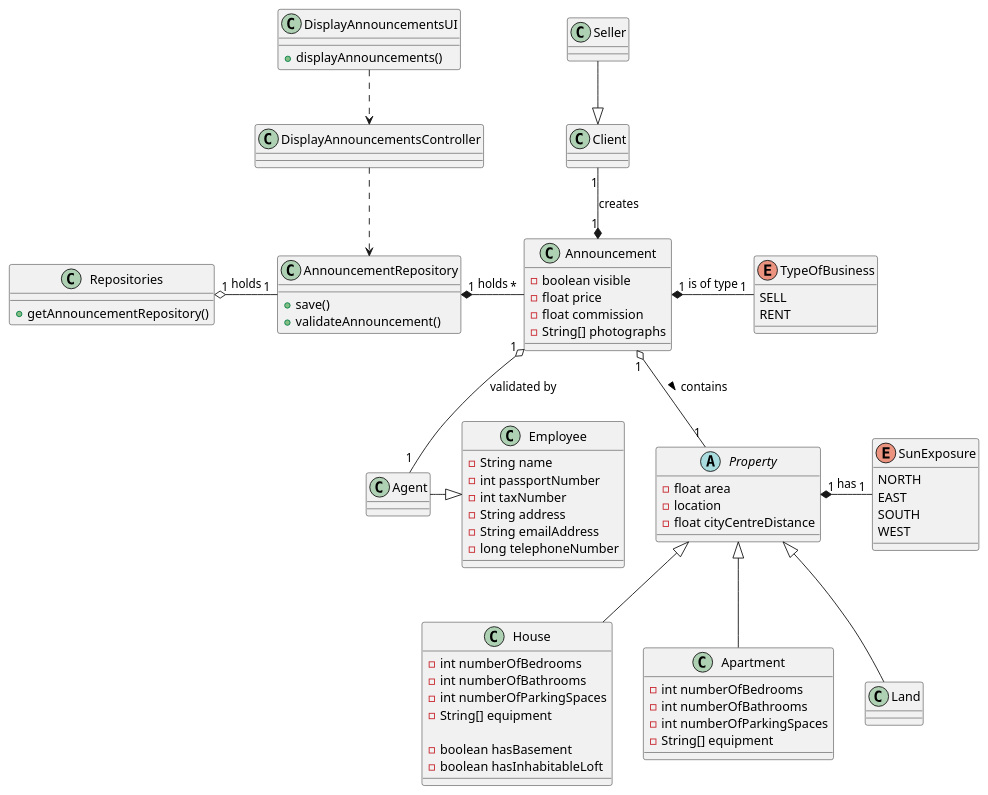
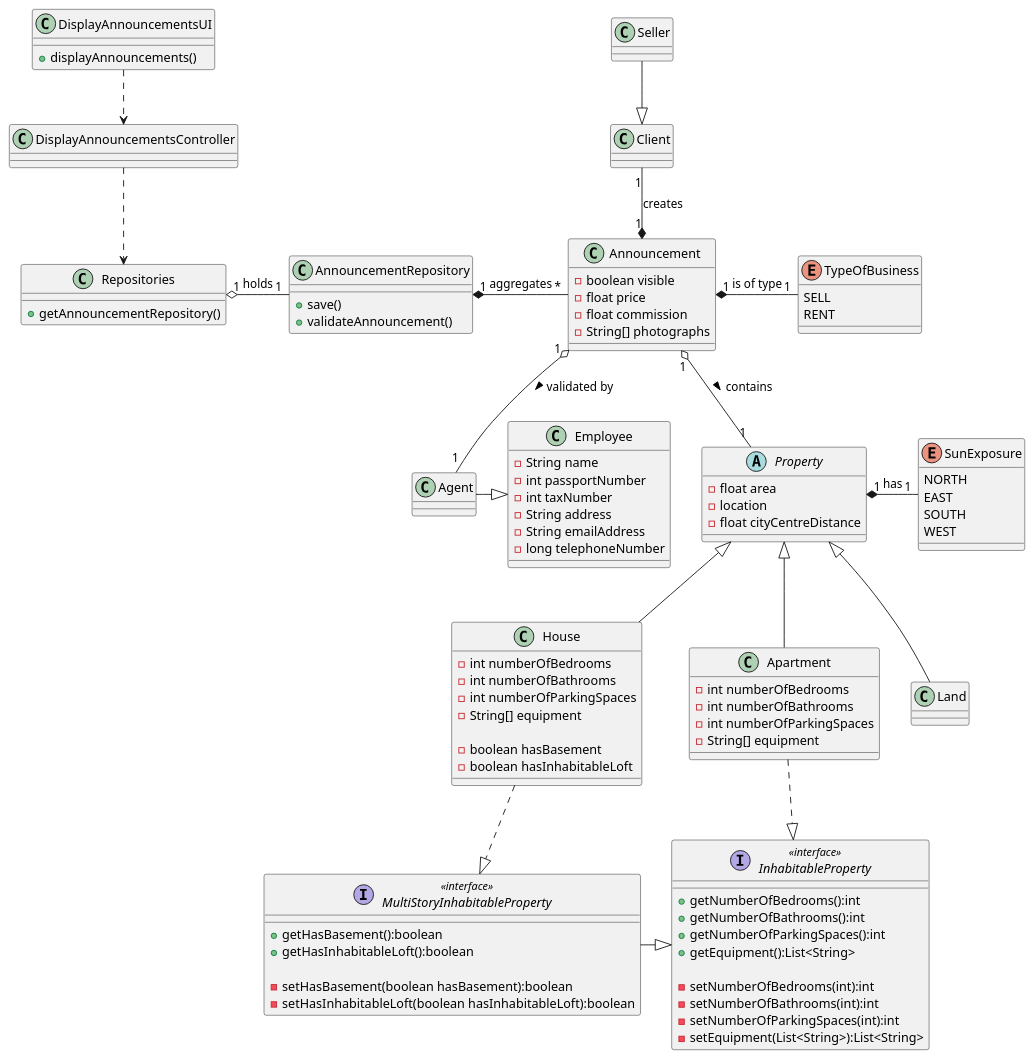
The diagram in docs/sprintB/US001/03.design/puml/us001-class-diagram.puml (tiagohcorreia/LAPR2), drawn with PlantUML before and after one commit. The commit also changed 5 other files, not shown here.

Commit message:
US1 - Implemented the "InhabitableProperty" and "MultiStoryInhabitableProperty" interfaces

```diff
--- a/docs/sprintB/US001/03.design/puml/us001-class-diagram.puml
+++ b/docs/sprintB/US001/03.design/puml/us001-class-diagram.puml
@@ -1,100 +1,128 @@
 @startuml
 'https://plantuml.com/class-diagram
 skinparam shadowing false
 
 
 class Announcement{
 -boolean visible
 -float price
 -float commission
 -String[] photographs
 '+getPrice():float
 '+getProperty():float
 }
 enum TypeOfBusiness{
 SELL
 RENT
 }
 enum SunExposure{
 NORTH
 EAST
 SOUTH
 WEST
 }
 
 abstract class Property{
 -float area
 -location
 -float cityCentreDistance
 }
 class House{
 -int numberOfBedrooms
 -int numberOfBathrooms
 -int numberOfParkingSpaces
 -String[] equipment
 
 -boolean hasBasement
 -boolean hasInhabitableLoft
 
 '+getNumberOfBedrooms():int
 '+getHasInhabitableLoft():boolean
 }
 class Apartment{
 -int numberOfBedrooms
 -int numberOfBathrooms
 -int numberOfParkingSpaces
 -String[] equipment
 
 '+getNumberOfBedrooms():int
 }
+
+interface InhabitableProperty <<interface>>{
++getNumberOfBedrooms():int
++getNumberOfBathrooms():int
++getNumberOfParkingSpaces():int
++getEquipment():List<String>
+
+-setNumberOfBedrooms(int):int
+-setNumberOfBathrooms(int):int
+-setNumberOfParkingSpaces(int):int
+-setEquipment(List<String>):List<String>
+}
+
+interface MultiStoryInhabitableProperty <<interface>>{
++getHasBasement():boolean
++getHasInhabitableLoft():boolean
+
+-setHasBasement(boolean hasBasement):boolean
+-setHasInhabitableLoft(boolean hasInhabitableLoft):boolean
+}
+
+MultiStoryInhabitableProperty -|> InhabitableProperty
+
 class AnnouncementRepository{
 '-List<Announcement> announcements
 +save()
 +validateAnnouncement()
 }
 class Repositories{
 +getAnnouncementRepository()
 }
 class Client{}
 class Seller{}
 
 class DisplayAnnouncementsUI{
 +displayAnnouncements()
 }
 class DisplayAnnouncementsController{}
 
 class Land{
 
 }
 
 class Agent{
 }
 class Employee{
 -String name
 -int passportNumber
 -int taxNumber
 -String address
 -String emailAddress
 -long telephoneNumber
 }
 
 DisplayAnnouncementsUI -[dashed]-> DisplayAnnouncementsController
-DisplayAnnouncementsController -[dashed]-> AnnouncementRepository
-AnnouncementRepository "1" *- "*" Announcement: holds
+DisplayAnnouncementsController -[dashed]-> Repositories
+'DisplayAnnouncementsController -[dashed]-> AnnouncementRepository
+AnnouncementRepository "1" *- "*" Announcement: aggregates
 Repositories "1" o- "1" AnnouncementRepository: holds
 
 Agent -|> Employee
 
 Announcement "1" o-- "1" Property: contains >
-Announcement "1" o-- "1" Agent: validated by
+Announcement "1" o-- "1" Agent: validated by >
 Announcement "1" *- "1" TypeOfBusiness: is of type
 Client "1" --* "1" Announcement: creates
 
 Property <|-- House
 Property <|-- Apartment
 Property <|-- Land
 Property "1" *- "1" SunExposure: has
 
+Apartment -.|> InhabitableProperty
+House -.|> MultiStoryInhabitableProperty
+
+
 Seller --|> Client
 'Seller - Property: owns
 @enduml
```
